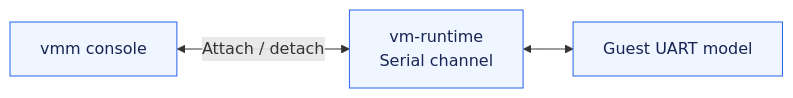
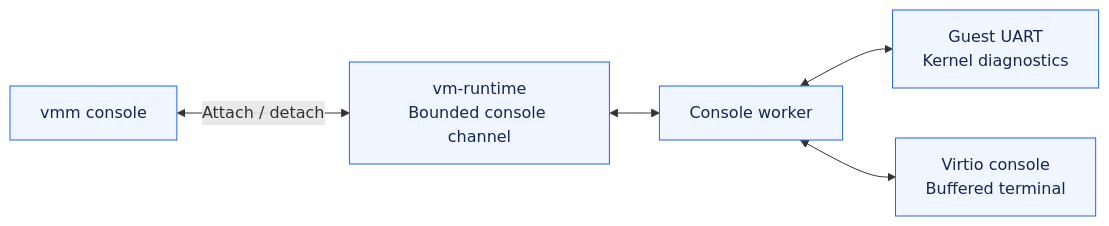
The ninth of 9 diagrams in docs/reading-the-code.md (HypeR-Proj/HypeR), drawn with Mermaid before and after one commit. The commit also changed other lines of this file and 59 other files, not shown here.

Commit message:
feat(console): add buffered userspace virtio console with UART diagnostics

````diff
--- a/docs/reading-the-code.md
+++ b/docs/reading-the-code.md
@@ -676,8 +676,10 @@
 ```mermaid
 flowchart LR
-    vmm["vmm console"] <-->|Attach / detach| runtime["vm-runtime<br/>Serial channel"]
-    runtime <--> model["Guest UART model"]
-    class vmm,runtime,model app
+    vmm["vmm console"] <-->|Attach / detach| runtime["vm-runtime<br/>Bounded console channel"]
+    runtime <--> worker["Console worker"]
+    worker <--> uart["Guest UART<br/>Kernel diagnostics"]
+    worker <--> virtio["Virtio console<br/>Buffered terminal"]
+    class vmm,runtime,worker,uart,virtio app
     classDef app fill:#eff6ff,stroke:#2563eb,color:#172554
     classDef core fill:#f0fdfa,stroke:#0f766e,color:#134e4a
 ```
````
